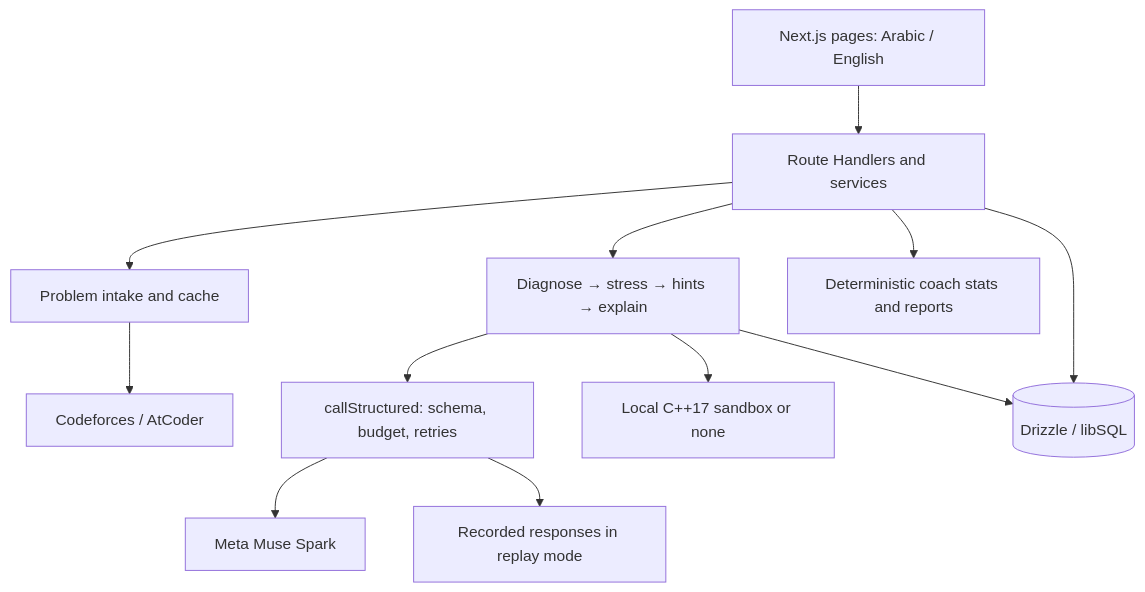
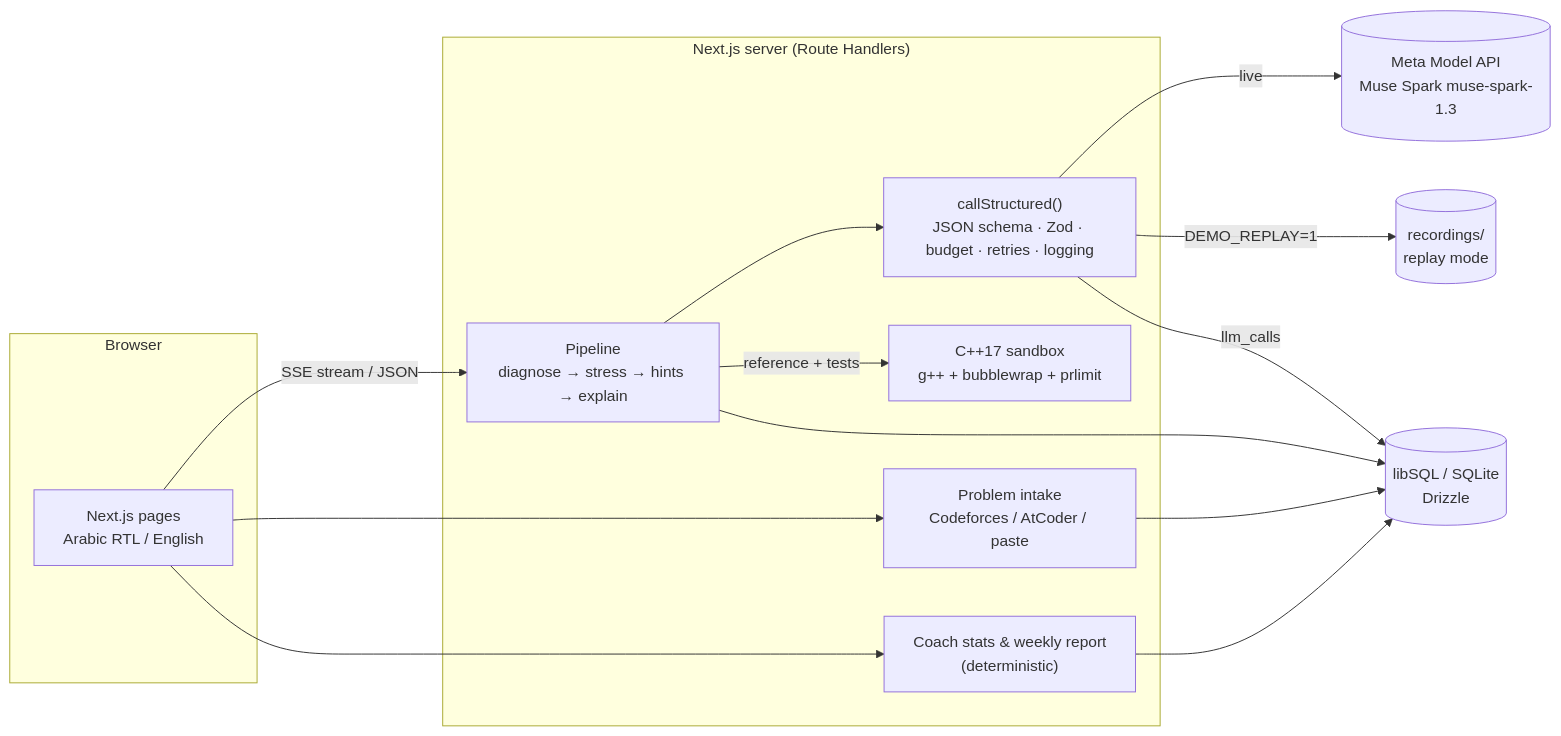
One commit to Adham-ELtawil/daleel changed the diagram in README.md. Above: the diagram before and after it, drawn with Mermaid. The commit also changed other lines of this file and 6 other files, not shown here.

````diff
--- a/README.md
+++ b/README.md
@@ -90,14 +62,28 @@
 ```mermaid
-flowchart TD
-  UI[Next.js pages: Arabic / English] --> API[Route Handlers and services]
-  API --> Problems[Problem intake and cache]
-  Problems --> Judges[Codeforces / AtCoder]
-  API --> Pipeline[Diagnose → stress → hints → explain]
-  Pipeline --> Client[callStructured: schema, budget, retries]
-  Client --> Meta[Meta Muse Spark]
-  Client --> Replay[Recorded responses in replay mode]
-  Pipeline --> Runner[Local C++17 sandbox or none]
-  API --> Coach[Deterministic coach stats and reports]
-  API --> DB[(Drizzle / libSQL)]
-  Pipeline --> DB
+flowchart LR
+  subgraph Browser
+    UI["Next.js pages<br/>Arabic RTL / English"]
+  end
+  subgraph Server["Next.js server (Route Handlers)"]
+    Intake["Problem intake<br/>Codeforces / AtCoder / paste"]
+    Pipe["Pipeline<br/>diagnose → stress → hints → explain"]
+    Client["callStructured()<br/>JSON schema · Zod · budget · retries · logging"]
+    Runner["C++17 sandbox<br/>g++ + bubblewrap + prlimit"]
+    Coach["Coach stats & weekly report<br/>(deterministic)"]
+  end
+  Meta[("Meta Model API<br/>Muse Spark muse-spark-1.3")]
+  Rec[("recordings/<br/>replay mode")]
+  DB[("libSQL / SQLite<br/>Drizzle")]
+
+  UI -- "SSE stream / JSON" --> Pipe
+  UI --> Intake
+  UI --> Coach
+  Pipe --> Client
+  Client -- live --> Meta
+  Client -- DEMO_REPLAY=1 --> Rec
+  Pipe -- "reference + tests" --> Runner
+  Intake --> DB
+  Pipe --> DB
+  Client -- llm_calls --> DB
+  Coach --> DB
 ```
````
